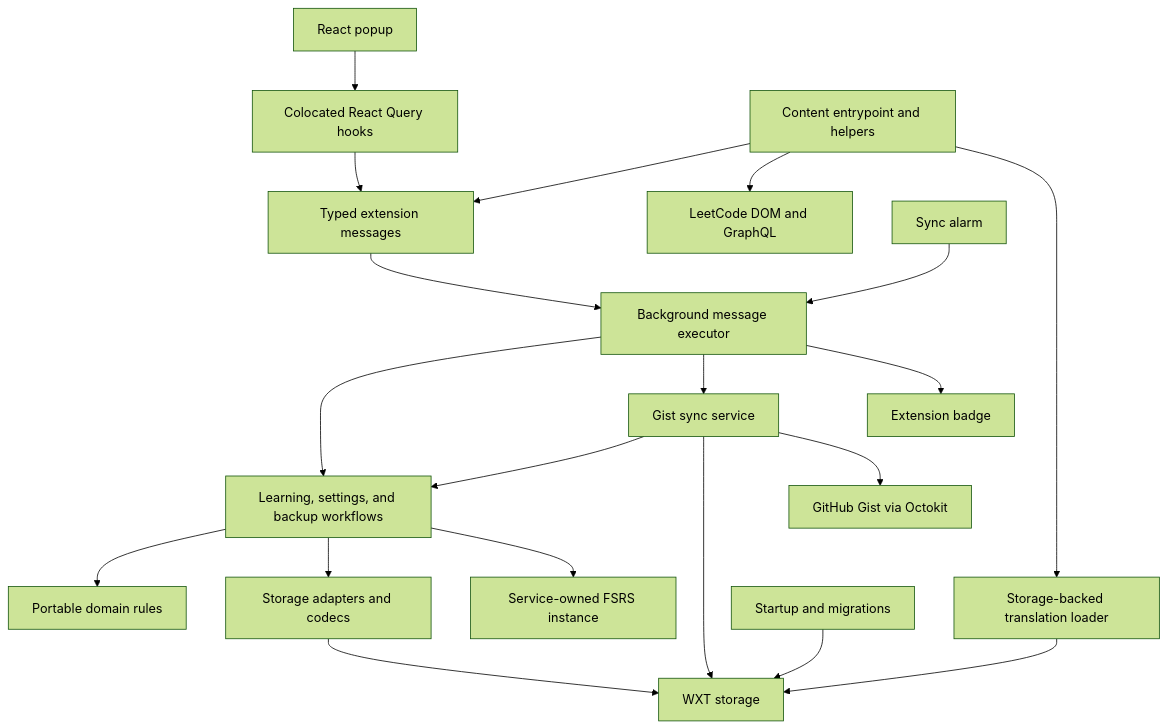
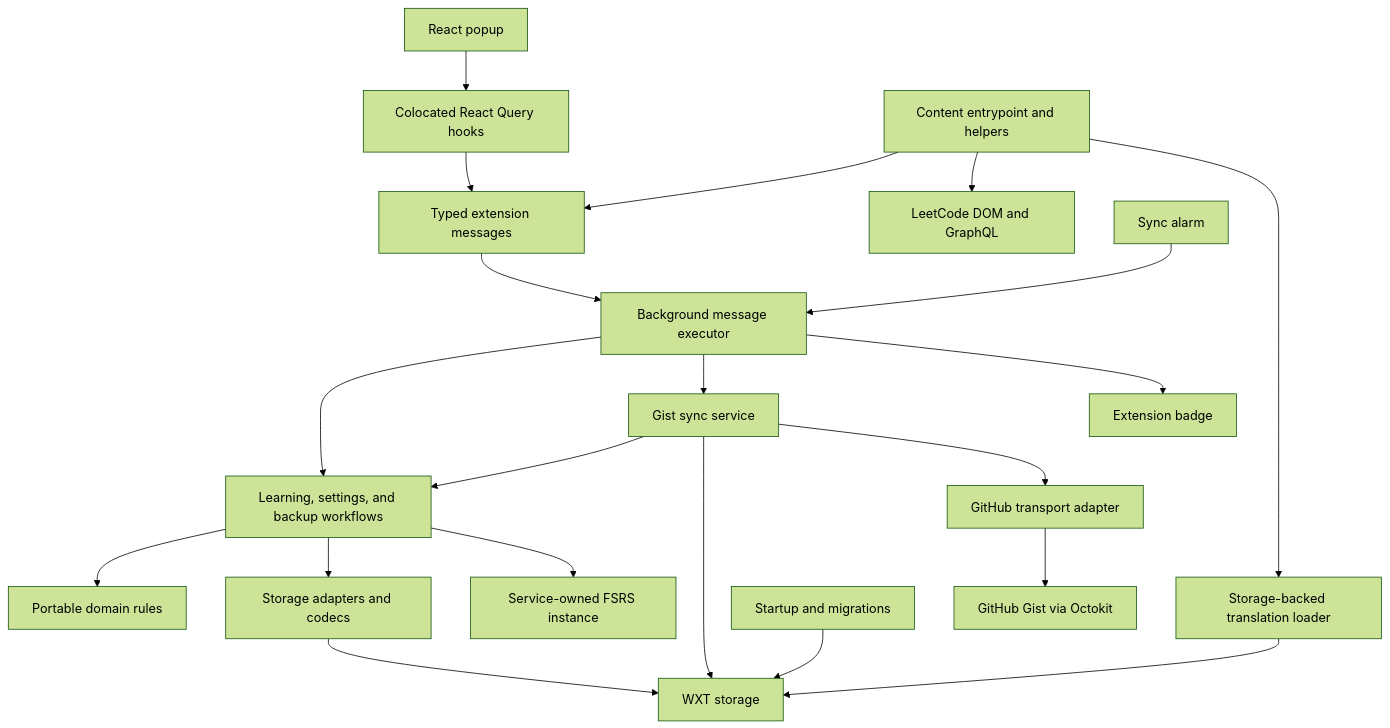
One commit to mattcdrake/LeetSRS changed the diagram in docs/architecture.md. Above: the diagram before and after it, drawn with Mermaid (forest theme). The commit also changed other lines of this file and 4 other files, not shown here.

````diff
--- a/docs/architecture.md
+++ b/docs/architecture.md
@@ -17,22 +17,23 @@
 ```mermaid
 flowchart TD
   Popup[React popup] --> Queries[Colocated React Query hooks]
   Queries --> Messages[Typed extension messages]
   Content[Content entrypoint and helpers] --> Messages
   Content --> Page[LeetCode DOM and GraphQL]
   Content --> I18n[Storage-backed translation loader]
   I18n --> Storage[WXT storage]
   Messages --> Executor[Background message executor]
   Alarm[Sync alarm] --> Executor
   Executor --> Services[Learning, settings, and backup workflows]
   Executor --> Sync[Gist sync service]
   Services --> Domain[Portable domain rules]
   Services --> Persistence[Storage adapters and codecs]
   Services --> FSRS[Service-owned FSRS instance]
   Persistence --> Storage
   Startup[Startup and migrations] --> Storage
   Sync --> Services
   Sync --> Storage
-  Sync --> GitHub[GitHub Gist via Octokit]
+  Sync --> Transport[GitHub transport adapter]
+  Transport --> GitHub[GitHub Gist via Octokit]
   Executor --> Badge[Extension badge]
 ```
````
